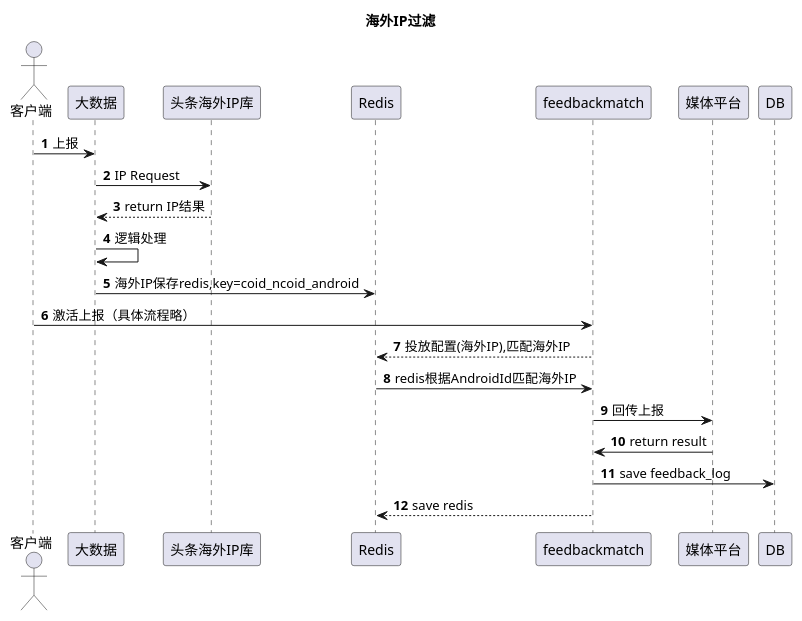
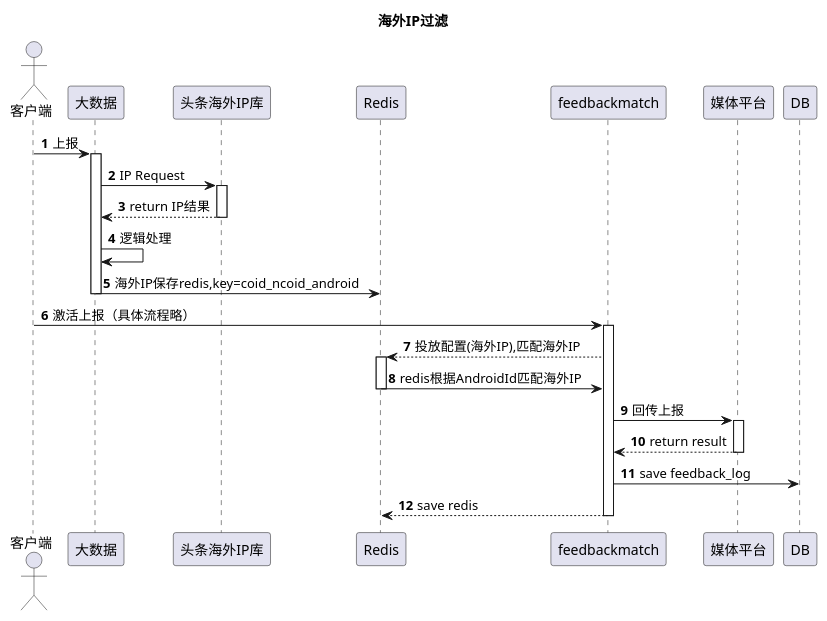
One commit to aoheng/PlantUML changed the diagram in angogo/feedback/overseasip.puml. Above: the diagram before and after it, drawn with PlantUML.

Commit message:
feat: 海外IP过滤

```diff
--- a/angogo/feedback/overseasip.puml
+++ b/angogo/feedback/overseasip.puml
@@ -1,22 +1,35 @@
 @startuml
 'https://plantuml.com/sequence-diagram
 
 title 海外IP过滤
 autonumber
 actor       客户端    as client
+/'skinparam sequence {
+ParticipantBackgroundColor DeepSkyBlue
+}'/
+
+client -> 大数据: 上报
+activate 大数据
+大数据 -> 头条海外IP库: IP Request
+activate 头条海外IP库
+头条海外IP库 -->大数据: return IP结果
+deactivate 头条海外IP库
+大数据  ->大数据 :逻辑处理
+大数据 -> Redis: 海外IP保存redis,key=coid_ncoid_android
+deactivate 大数据
 
 
-client -> 大数据: 上报
-大数据 -> 头条海外IP库: IP Request
-头条海外IP库 -->大数据: return IP结果
-大数据  ->大数据 :逻辑处理
-大数据 -> Redis: 海外IP保存redis,key=coid_ncoid_android
-
 client -> feedbackmatch: 激活上报（具体流程略）
+activate feedbackmatch
 feedbackmatch --> Redis: 投放配置(海外IP),匹配海外IP
+activate Redis
 Redis-> feedbackmatch: redis根据AndroidId匹配海外IP
+deactivate Redis
 feedbackmatch -> 媒体平台: 回传上报
-媒体平台-> feedbackmatch: return result
+activate 媒体平台
+媒体平台 --> feedbackmatch: return result
+deactivate 媒体平台
 feedbackmatch ->DB : save feedback_log
 feedbackmatch --> Redis: save redis
+deactivate feedbackmatch
 @enduml
```
